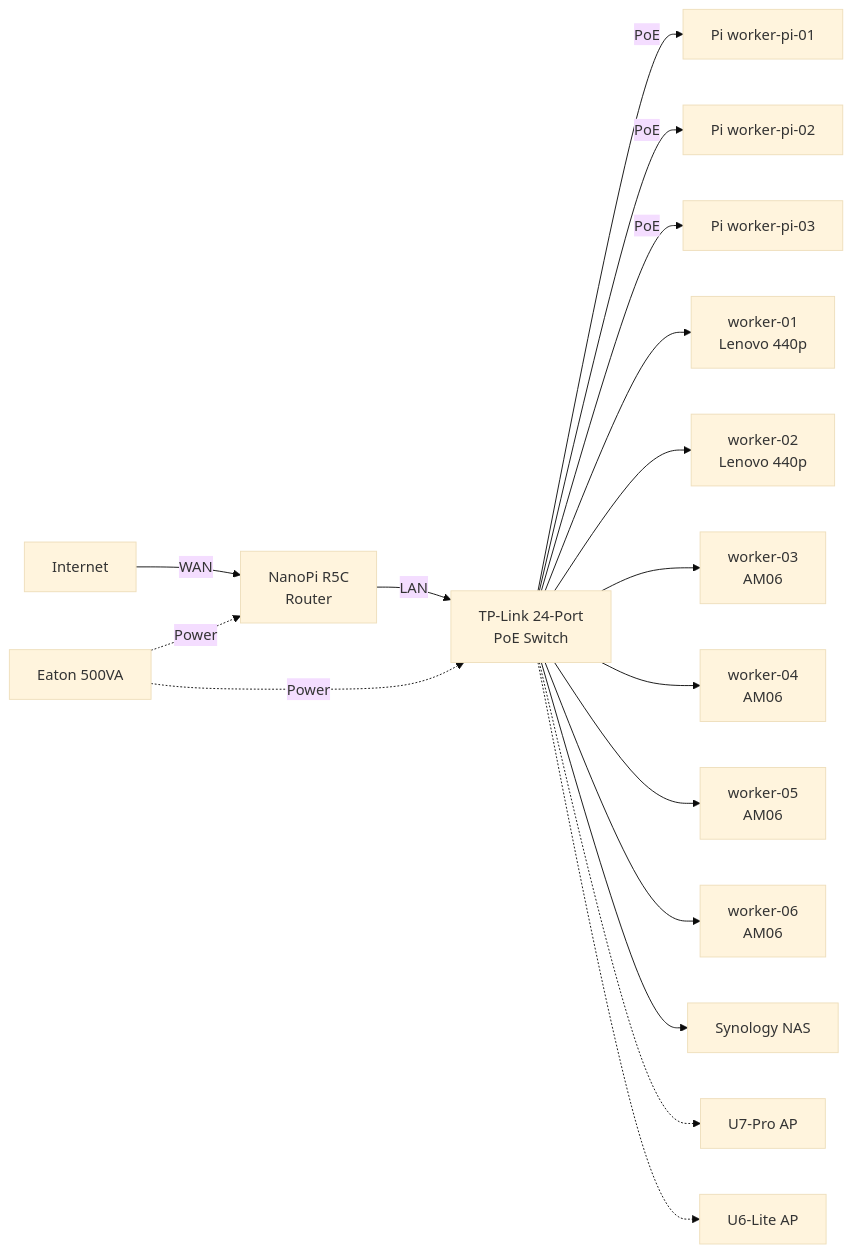
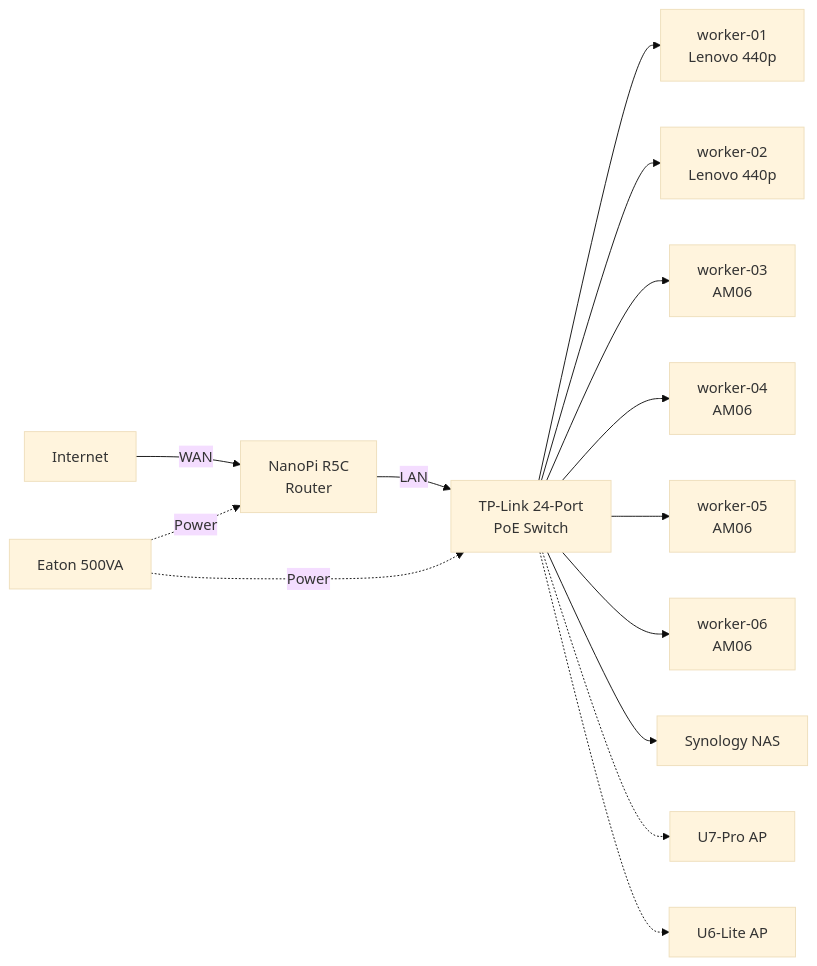
One commit to swibrow/home-ops changed the diagram in docs/infrastructure/hardware.md. Above: the diagram before and after it, drawn with Mermaid (base theme). The commit also changed other lines of this file and 15 other files, not shown here.

````diff
--- a/docs/infrastructure/hardware.md
+++ b/docs/infrastructure/hardware.md
@@ -88,25 +70,21 @@
 ```mermaid
 graph LR
     Internet -->|WAN| RT[NanoPi R5C<br/>Router]
     RT -->|LAN| SW[TP-Link 24-Port<br/>PoE Switch]
-
-    SW -->|PoE| WP1[Pi worker-pi-01]
-    SW -->|PoE| WP2[Pi worker-pi-02]
-    SW -->|PoE| WP3[Pi worker-pi-03]
 
     SW --> CP1[worker-01<br/>Lenovo 440p]
     SW --> CP2[worker-02<br/>Lenovo 440p]
     SW --> CP3[worker-03<br/>AM06]
 
     SW --> W4[worker-04<br/>AM06]
     SW --> W5[worker-05<br/>AM06]
     SW --> W6[worker-06<br/>AM06]
 
     SW --> NAS[Synology NAS]
 
     SW -.-> AP1[U7-Pro AP]
     SW -.-> AP2[U6-Lite AP]
 
     UPS[Eaton 500VA] -.->|Power| SW
     UPS -.->|Power| RT
 ```
````
